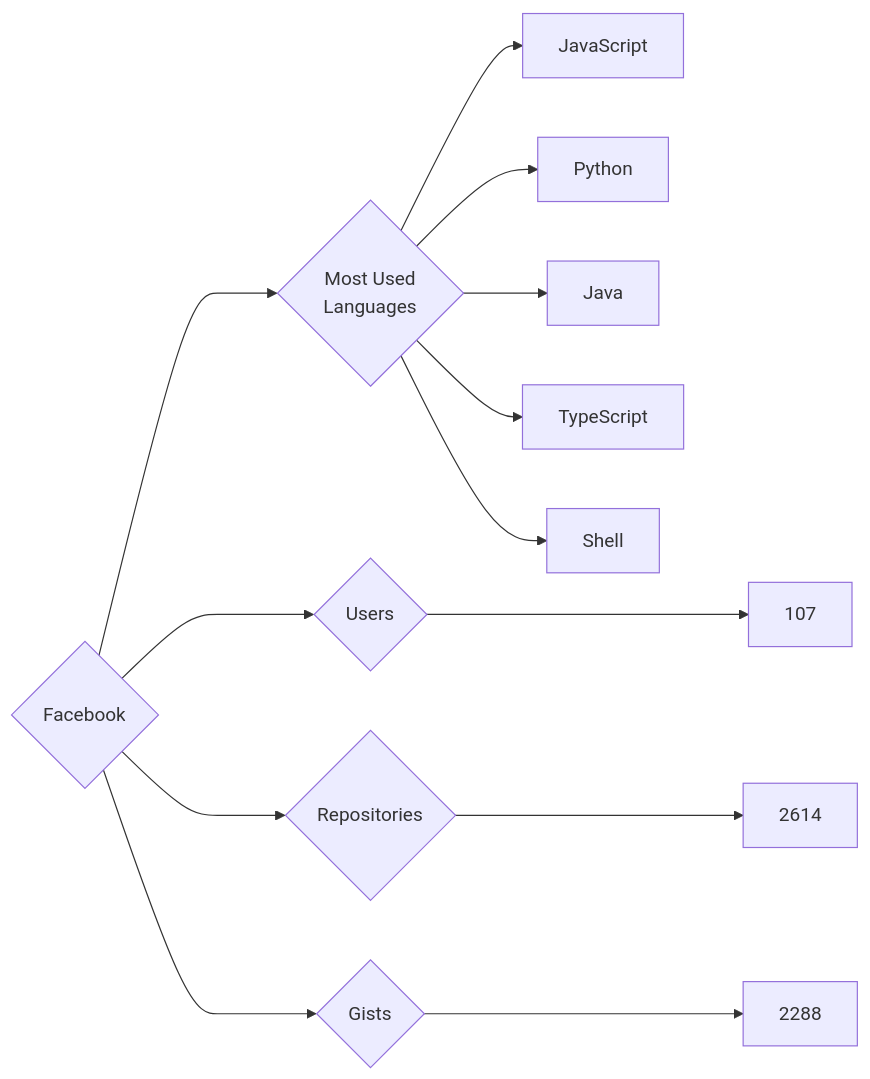
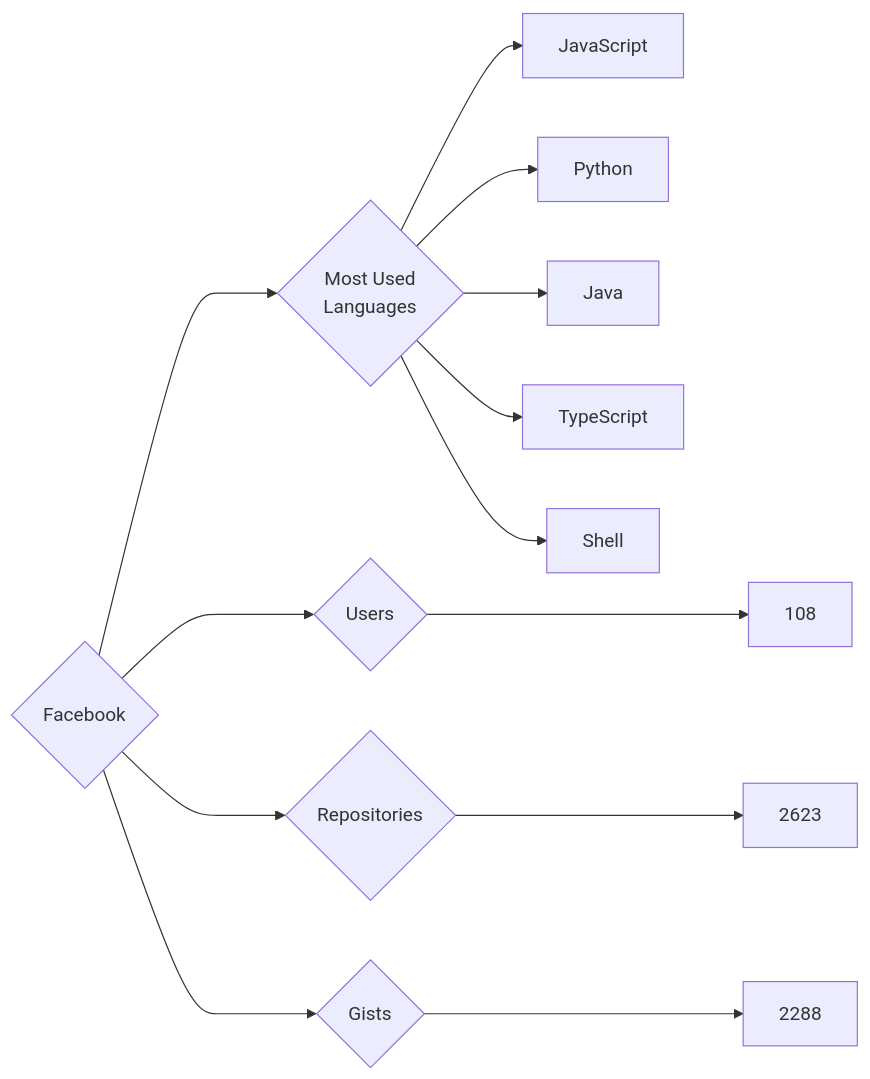
One commit to trickest/insiders changed the diagram in targets/Facebook/README.md. Above: the diagram before and after it, drawn with Mermaid. The commit also changed 681 other files, not shown here.

````diff
--- a/targets/Facebook/README.md
+++ b/targets/Facebook/README.md
@@ -3,13 +3,13 @@
 ```mermaid
 graph LR
 COMPANY_NAME{Facebook}
-COMPANY_NAME ---> U{Users} ---> UN[107]
-COMPANY_NAME ---> R{Repositories} ---> RN[2614]
+COMPANY_NAME ---> U{Users} ---> UN[108]
+COMPANY_NAME ---> R{Repositories} ---> RN[2623]
 COMPANY_NAME ---> G{Gists} ---> GN[2288]
 COMPANY_NAME ---> ML{Most Used<br>Languages}
 ML --> JavaScript[JavaScript]
 ML --> Python[Python]
 ML --> Java[Java]
 ML --> TypeScript[TypeScript]
 ML --> Shell[Shell]
 ```
````
